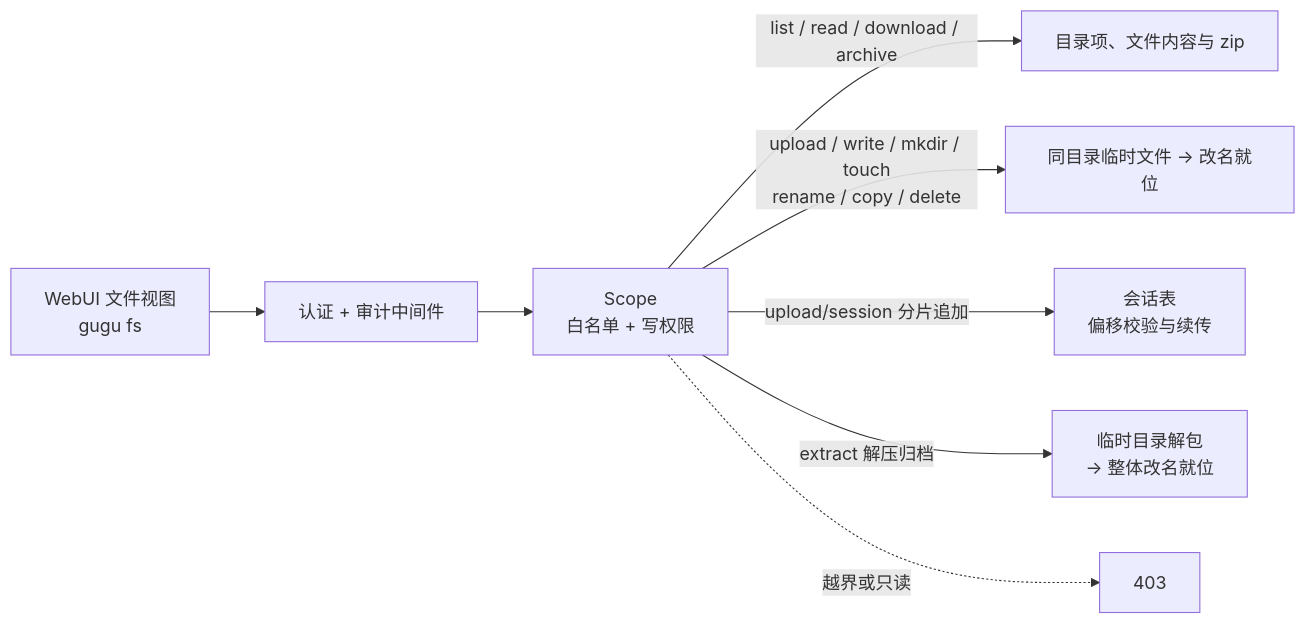
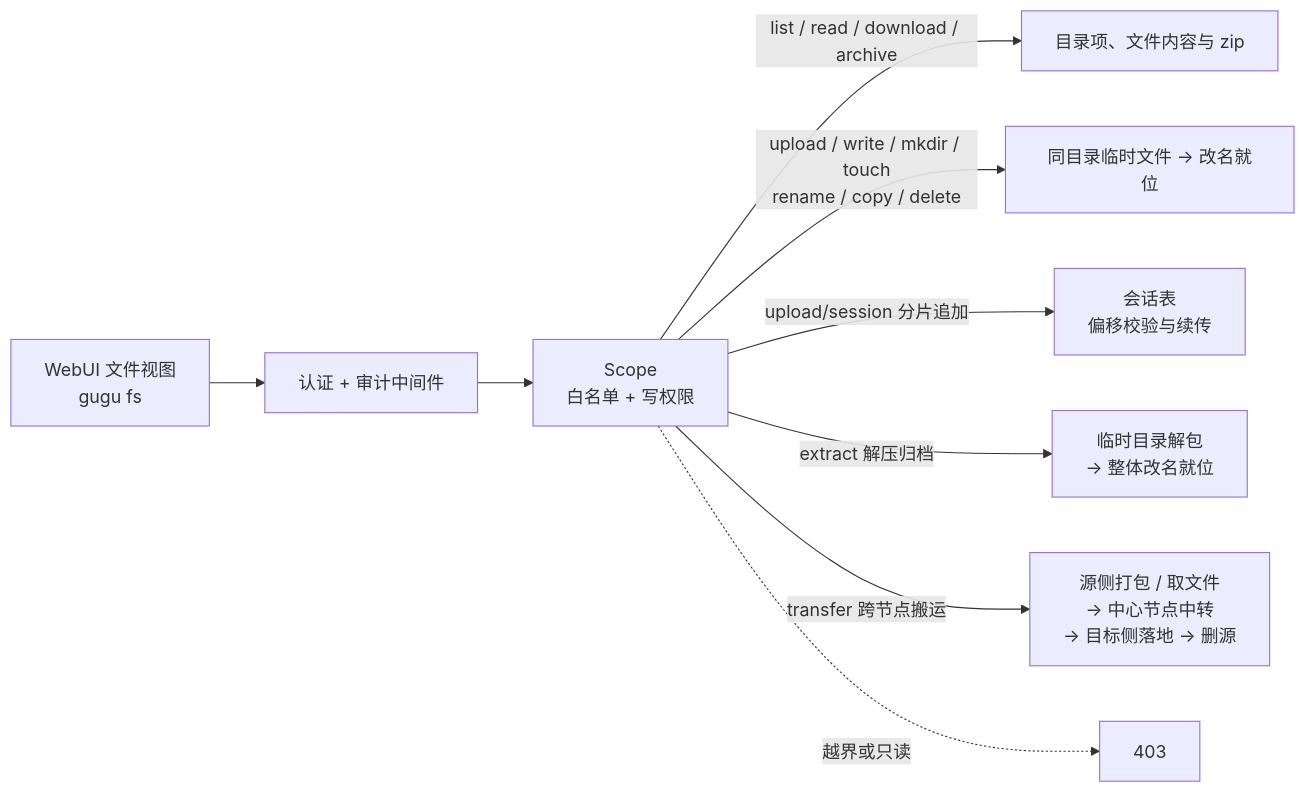
One commit to hongweifei/gugu-guard changed the first of 2 diagrams in README.md. Above: the diagram before and after it, drawn with Mermaid. The commit also changed other lines of this file and 18 other files, not shown here.

````diff
--- a/README.md
+++ b/README.md
@@ -492,10 +497,11 @@
 ```mermaid
 flowchart LR
     U["WebUI 文件视图<br/>gugu fs"] --> A["认证 + 审计中间件"]
     A --> S["Scope<br/>白名单 + 写权限"]
     S -->|"list / read / download / archive"| R["目录项、文件内容与 zip"]
     S -->|"upload / write / mkdir / touch<br/>rename / copy / delete"| W["同目录临时文件 → 改名就位"]
     S -->|"upload/session 分片追加"| C["会话表<br/>偏移校验与续传"]
     S -->|"extract 解压归档"| X["临时目录解包<br/>→ 整体改名就位"]
+    S -->|"transfer 跨节点搬运"| T["源侧打包 / 取文件<br/>→ 中心节点中转<br/>→ 目标侧落地 → 删源"]
     S -.->|"越界或只读"| D["403"]
 ```
````
